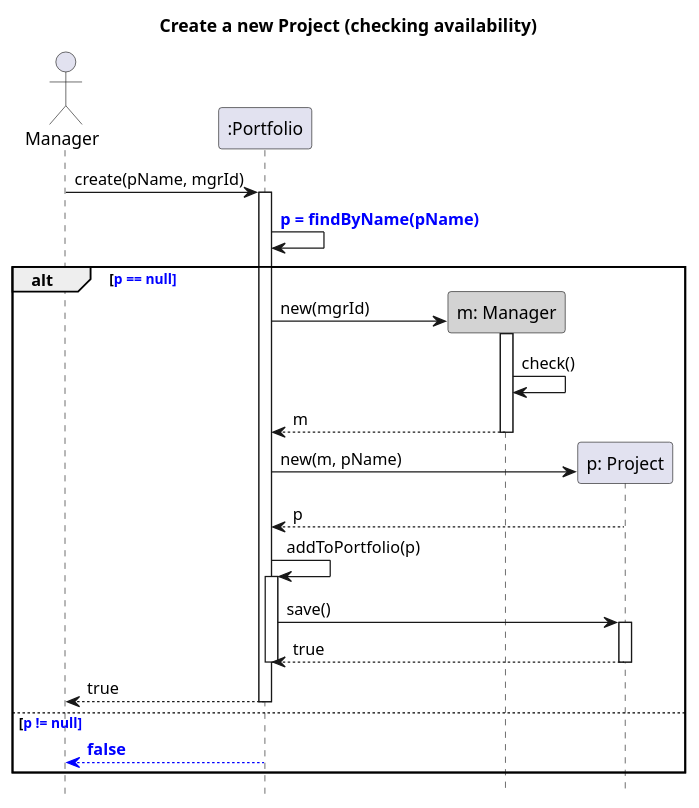
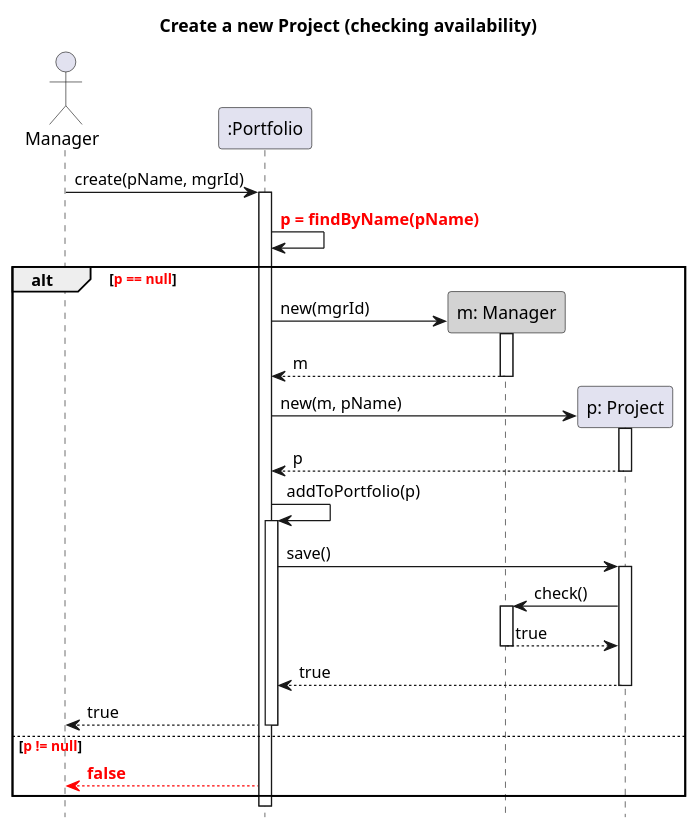
The diagram in src/04_2_seq_create_project_tech.puml (mosser/ood-dojo), drawn with PlantUML before and after one commit. The commit also changed 12 other files, not shown here.

Commit message:
check manager when saving project

```diff
--- a/src/04_2_seq_create_project_tech.puml
+++ b/src/04_2_seq_create_project_tech.puml
@@ -1,41 +1,43 @@
 @startuml
 
 hide footbox
 title Create a new Project (checking availability)
 
 actor Manager as M
 participant ":Portfolio" as P
 
 M -> P: create(pName, mgrId)
 activate P
 
-P -> P: <font color="#0000FF"><b>p = findByName(pName)</b>
+P -> P: <font color="#FF0000"><b>p = findByName(pName)</b>
 
-alt <font color="#0000FF"><b>p == null</b>
+alt <font color="#FF0000"><b>p == null</b></font>
 
-  create "m: Manager" as Mgr #D3D3D3
-  P -> Mgr: new(mgrId)
-  activate Mgr
-  Mgr -> Mgr: check()
-  Mgr --> P: m
-  deactivate Mgr
+    create "m: Manager" as Mgr #D3D3D3
+    P -> Mgr: new(mgrId)
+    activate Mgr
+    Mgr --> P: m
+    deactivate Mgr
+    create "p: Project" as Proj
+    P -> Proj: new(m, pName)
+    activate Proj
+    Proj --> P: p
+    deactivate Proj
+    P -> P: addToPortfolio(p)
+    activate P
+    P -> Proj: save()
+    activate Proj
+    Proj -> Mgr: check()
+    activate Mgr
+    Mgr --> Proj: true
+    deactivate Mgr
+    Proj --> P: true
+    deactivate Proj
+    P --> M: true
+    deactivate P
 
-  create "p: Project" as Proj
-  P -> Proj: new(m, pName)
-  Proj --> P: p
-
-  P -> P: addToPortfolio(p)
-  activate P
-  P -> Proj: save()
-  activate Proj
-  Proj --> P: true
-  deactivate Proj
-  deactivate P
-  P --> M: true
-  deactivate P
-
-else <font color="#0000FF"><b>p != null</b>
-  P -[#0000FF]-> M: <font color="#0000FF"><b>false</b>
+else <font color="#FF0000"><b>p != null</b></font>
+  P -[#FF0000]-> M: <font color="#FF0000"><b>false</b>
 end
 
 @enduml
```
